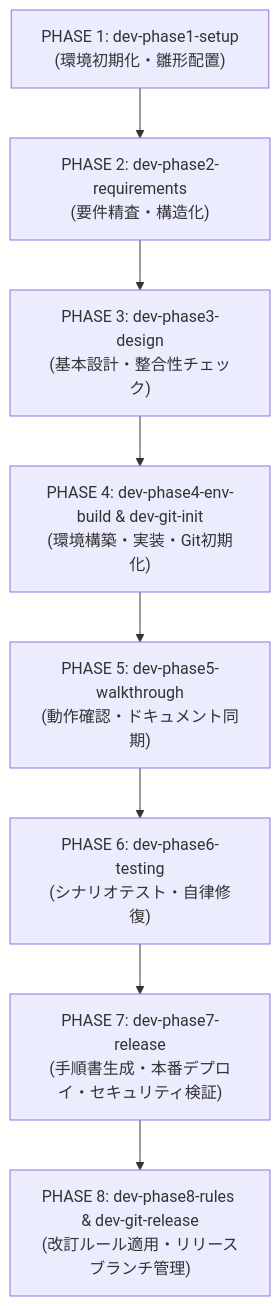
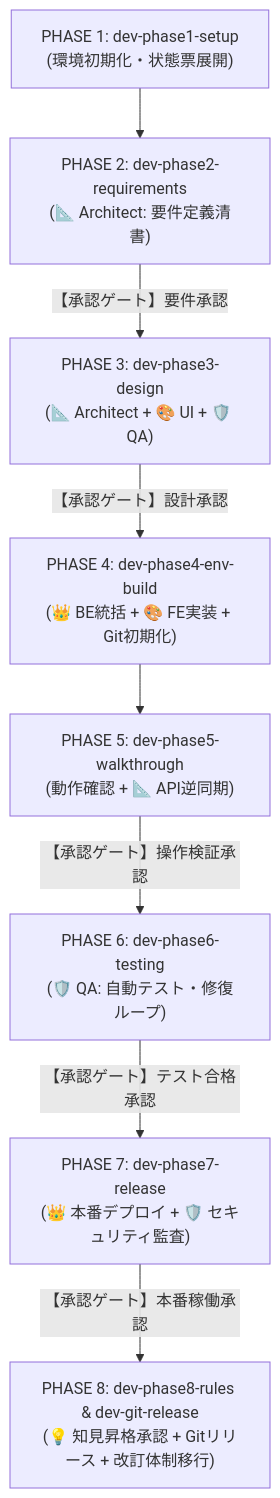
Before and after one commit to LeoPanda/template: the diagram in README.md, drawn with Mermaid. The commit also changed other lines of this file and 46 other files, not shown here.

````diff
--- a/README.md
+++ b/README.md
@@ -100,10 +157,10 @@
 ```mermaid
 flowchart TD
-    P1["PHASE 1: dev-phase1-setup\n(環境初期化・雛形配置)"] --> P2["PHASE 2: dev-phase2-requirements\n(要件精査・構造化)"]
-    P2 --> P3["PHASE 3: dev-phase3-design\n(基本設計・整合性チェック)"]
-    P3 --> P4["PHASE 4: dev-phase4-env-build & dev-git-init\n(環境構築・実装・Git初期化)"]
-    P4 --> P5["PHASE 5: dev-phase5-walkthrough\n(動作確認・ドキュメント同期)"]
-    P5 --> P6["PHASE 6: dev-phase6-testing\n(シナリオテスト・自律修復)"]
-    P6 --> P7["PHASE 7: dev-phase7-release\n(手順書生成・本番デプロイ・セキュリティ検証)"]
-    P7 --> P8["PHASE 8: dev-phase8-rules & dev-git-release\n(改訂ルール適用・リリースブランチ管理)"]
+    P1["PHASE 1: dev-phase1-setup\n(環境初期化・状態票展開)"] --> P2["PHASE 2: dev-phase2-requirements\n(📐 Architect: 要件定義清書)"]
+    P2 -->|【承認ゲート】要件承認| P3["PHASE 3: dev-phase3-design\n(📐 Architect + 🎨 UI + 🛡️ QA)"]
+    P3 -->|【承認ゲート】設計承認| P4["PHASE 4: dev-phase4-env-build\n(👑 BE統括 + 🎨 FE実装 + Git初期化)"]
+    P4 --> P5["PHASE 5: dev-phase5-walkthrough\n(動作確認 + 📐 API逆同期)"]
+    P5 -->|【承認ゲート】操作検証承認| P6["PHASE 6: dev-phase6-testing\n(🛡️ QA: 自動テスト・修復ループ)"]
+    P6 -->|【承認ゲート】テスト合格承認| P7["PHASE 7: dev-phase7-release\n(👑 本番デプロイ + 🛡️ セキュリティ監査)"]
+    P7 -->|【承認ゲート】本番稼働承認| P8["PHASE 8: dev-phase8-rules & dev-git-release\n(💡 知見昇格承認 + Gitリリース + 改訂体制移行)"]
 ```
````
